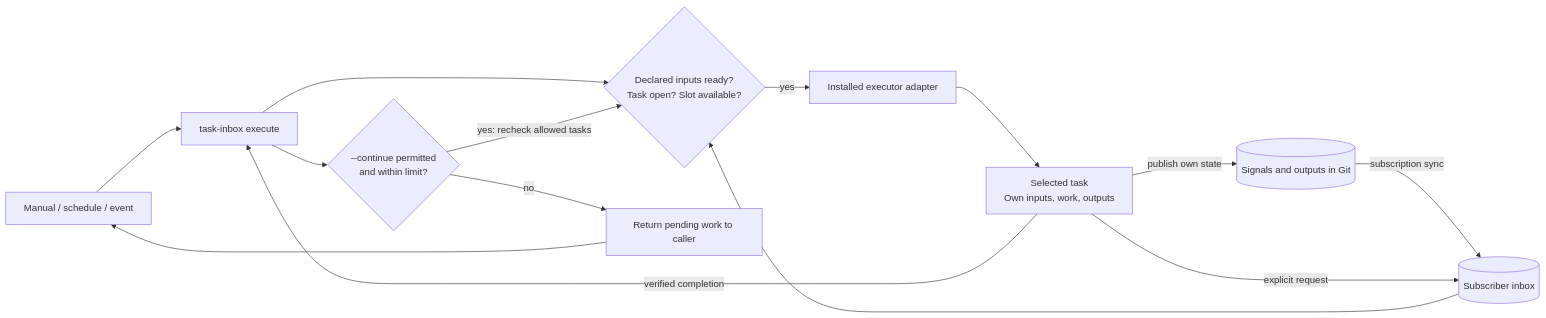
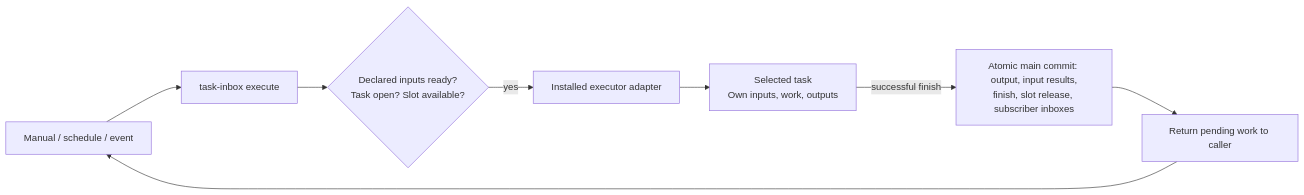
One commit to rsahara/task-inbox changed the diagram in README.md. Above: the diagram before and after it, drawn with Mermaid. The commit also changed other lines of this file and 18 other files, not shown here.

Commit message:
Add atomic main inbox finish and declared signal delivery

````diff
--- a/README.md
+++ b/README.md
@@ -24,16 +23,10 @@
 ```mermaid
 flowchart LR
     H["Manual / schedule / event"] --> E["task-inbox execute"]
     E --> R{"Declared inputs ready?<br/>Task open? Slot available?"}
     R -->|yes| X["Installed executor adapter"]
     X --> T["Selected task<br/>Own inputs, work, outputs"]
-    T -->|publish own state| S[("Signals and outputs in Git")]
-    S -->|subscription sync| I[("Subscriber inbox")]
-    T -->|explicit request| I
-    T -->|verified completion| E
-    E --> C{"--continue permitted<br/>and within limit?"}
-    C -->|yes: recheck allowed tasks| R
-    C -->|no| N["Return pending work to caller"]
-    I --> R
+    T -->|successful finish| A["Atomic main commit: output, input results,<br/>finish, slot release, subscriber inboxes"]
+    A --> N["Return pending work to caller"]
     N --> H
 ```
````
